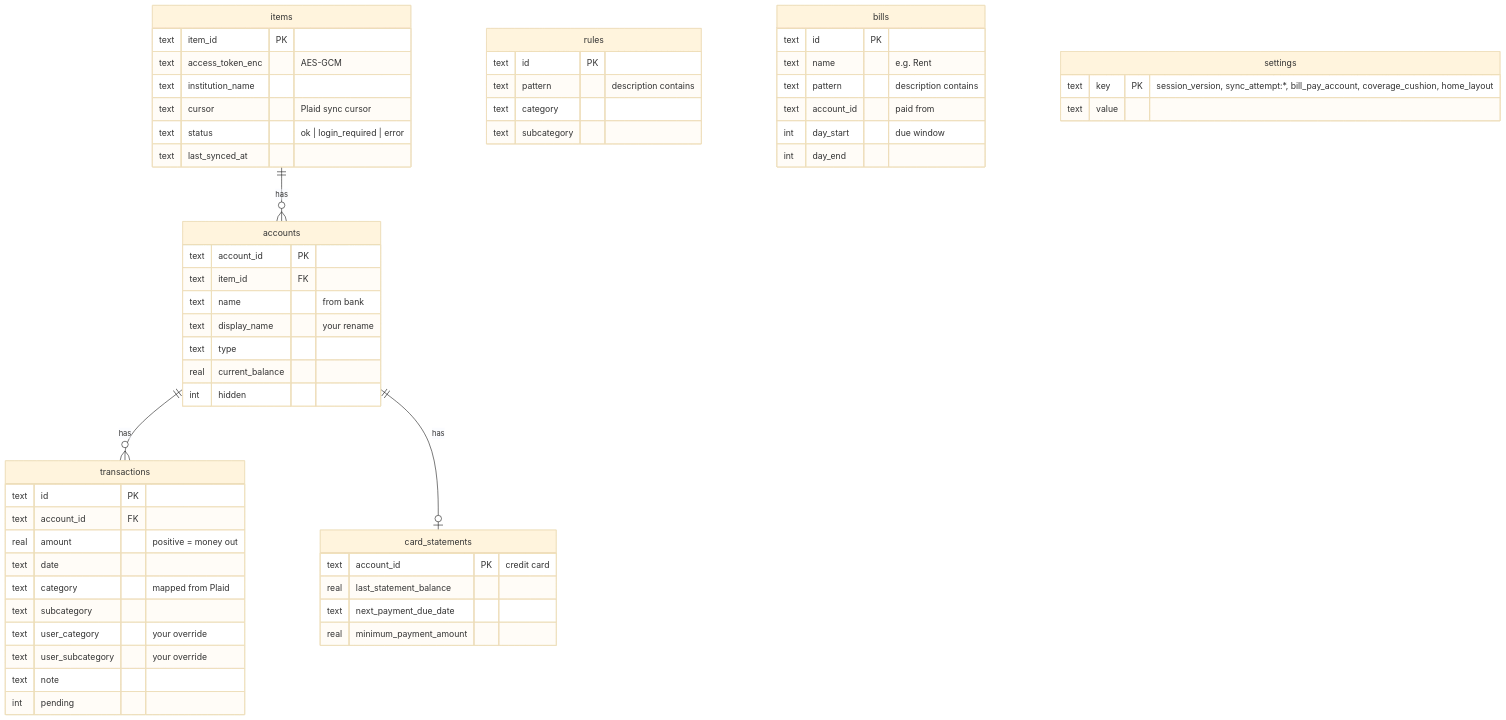
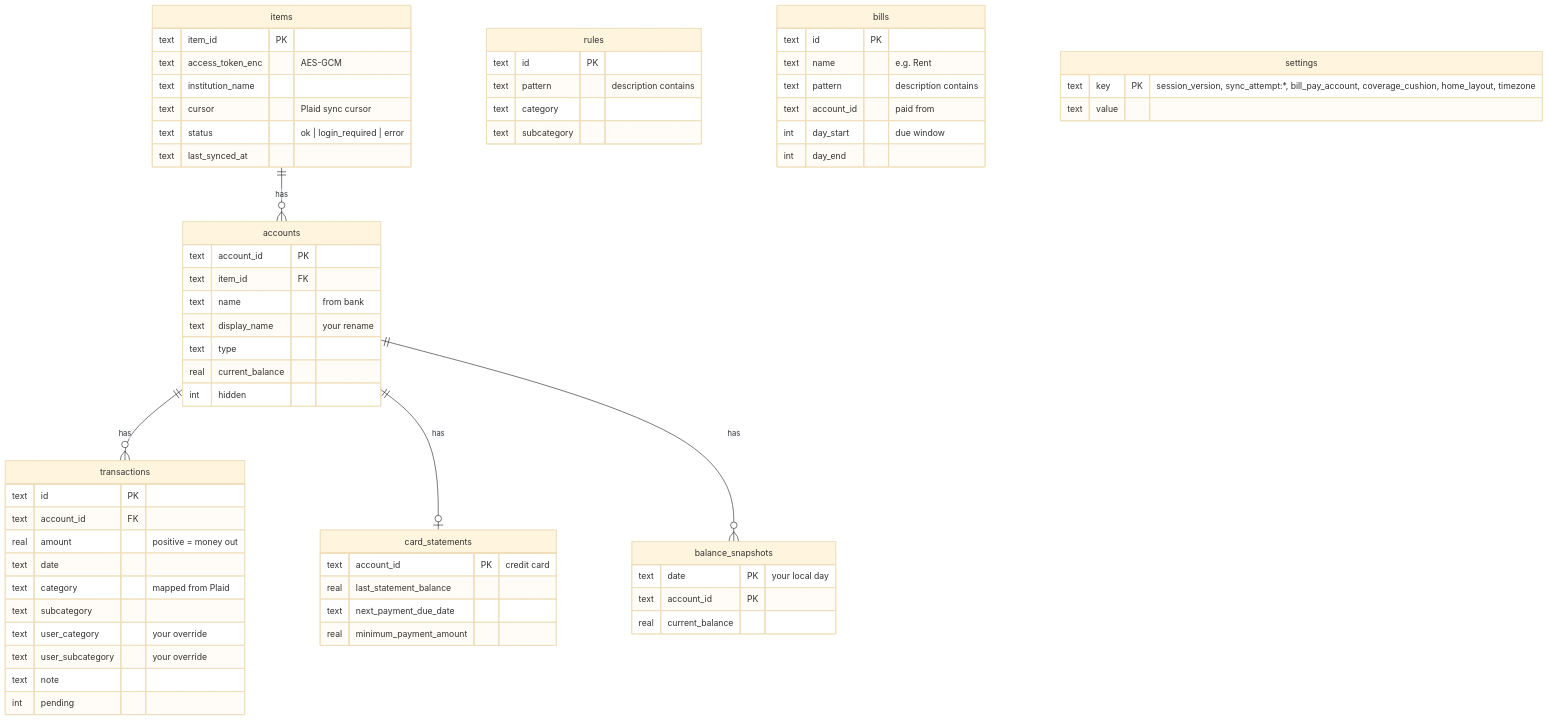
The fourth of 4 diagrams in docs/ARCHITECTURE.md (Paksh2909/Budget-Webapp), drawn with Mermaid (base theme) before and after one commit. The commit also changed other lines of this file and 9 other files, not shown here.

First line of the commit message:
Daily balance snapshots for real net-worth history

````diff
--- a/docs/ARCHITECTURE.md
+++ b/docs/ARCHITECTURE.md
@@ -103,59 +103,65 @@
 ```mermaid
 erDiagram
     items ||--o{ accounts : has
     accounts ||--o{ transactions : has
     accounts ||--o| card_statements : has
+    accounts ||--o{ balance_snapshots : has
     items {
         text item_id PK
         text access_token_enc "AES-GCM"
         text institution_name
         text cursor "Plaid sync cursor"
         text status "ok | login_required | error"
         text last_synced_at
     }
     accounts {
         text account_id PK
         text item_id FK
         text name "from bank"
         text display_name "your rename"
         text type
         real current_balance
         int hidden
     }
     transactions {
         text id PK
         text account_id FK
         real amount "positive = money out"
         text date
         text category "mapped from Plaid"
         text subcategory
         text user_category "your override"
         text user_subcategory "your override"
         text note
         int pending
     }
     rules {
         text id PK
         text pattern "description contains"
         text category
         text subcategory
     }
+    balance_snapshots {
+        text date PK "your local day"
+        text account_id PK
+        real current_balance
+    }
     card_statements {
         text account_id PK "credit card"
         real last_statement_balance
         text next_payment_due_date
         real minimum_payment_amount
     }
     bills {
         text id PK
         text name "e.g. Rent"
         text pattern "description contains"
         text account_id "paid from"
         int day_start "due window"
         int day_end
     }
     settings {
-        text key PK "session_version, sync_attempt:*, bill_pay_account, coverage_cushion, home_layout"
+        text key PK "session_version, sync_attempt:*, bill_pay_account, coverage_cushion, home_layout, timezone"
         text value
     }
 ```
````
